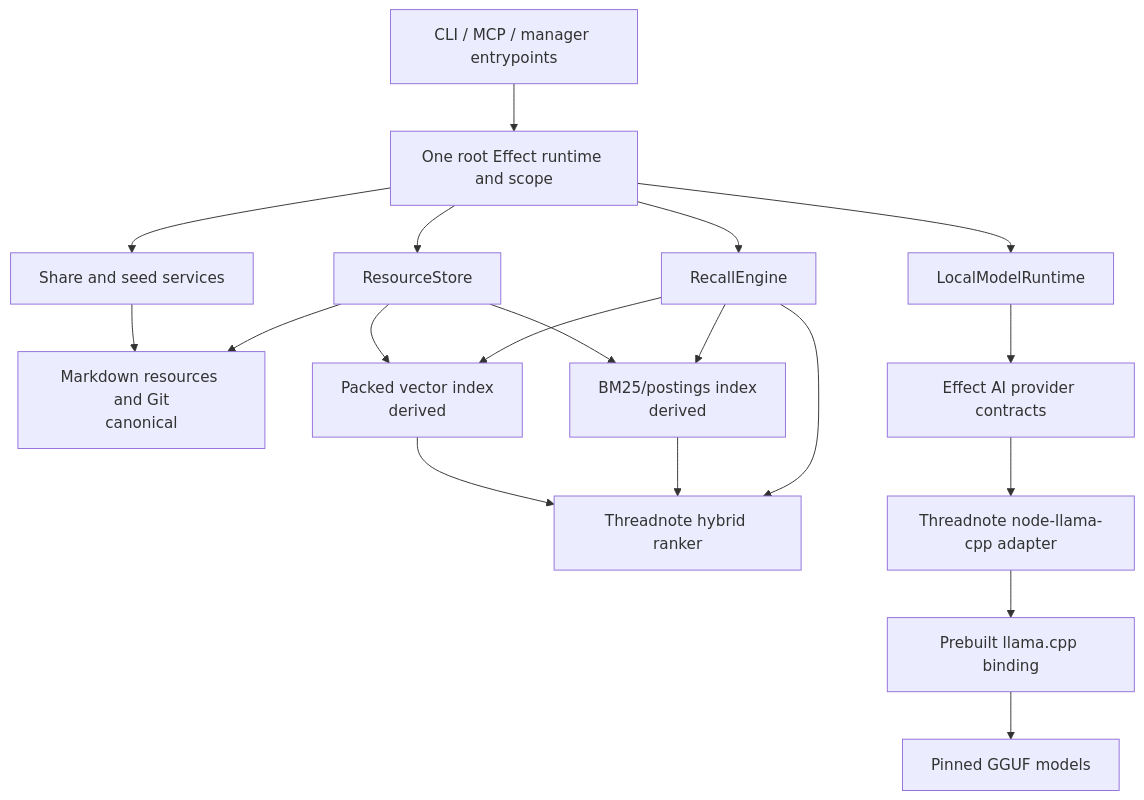
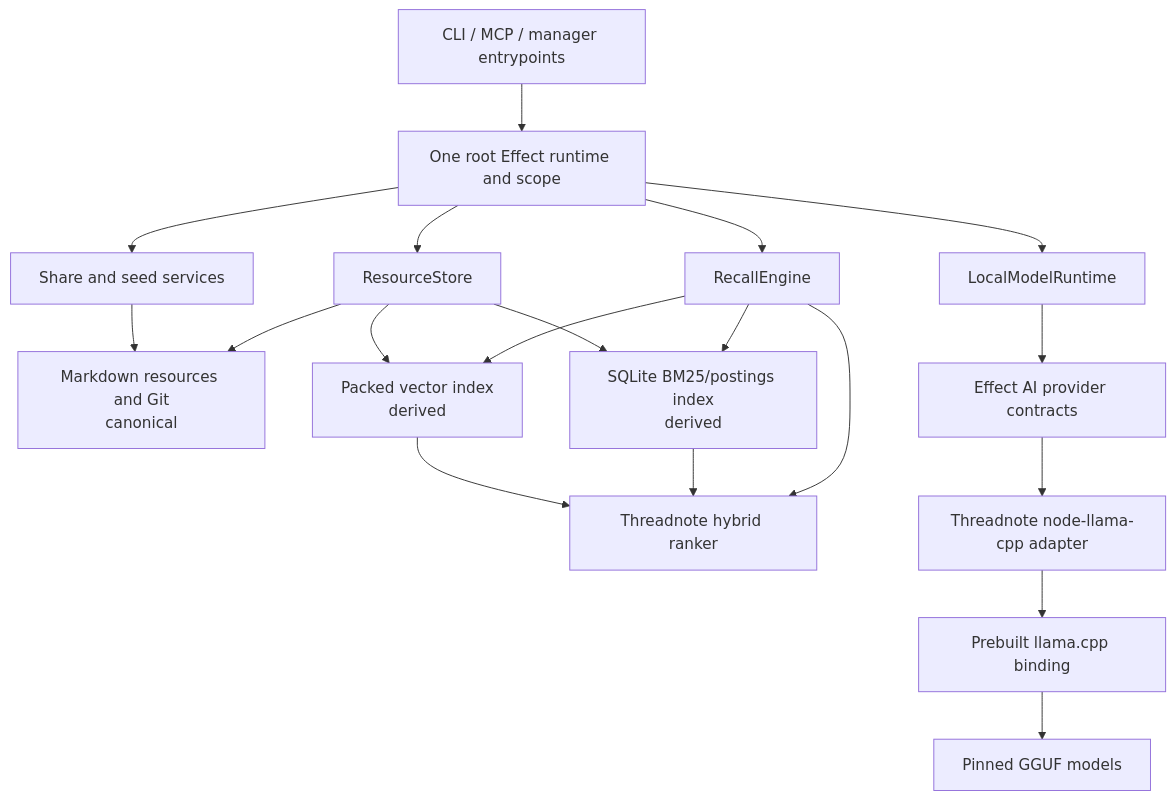
Before and after one commit to Kashkovsky/threadnote: the diagram in docs/4.0-plan.md, drawn with Mermaid. The commit also changed other lines of this file and 60 other files, not shown here.

````diff
--- a/docs/4.0-plan.md
+++ b/docs/4.0-plan.md
@@ -170,24 +173,24 @@
 ```mermaid
 flowchart TD
     Entry["CLI / MCP / manager entrypoints"] --> Runtime["One root Effect runtime and scope"]
     Runtime --> Store["ResourceStore"]
     Runtime --> Recall["RecallEngine"]
     Runtime --> Models["LocalModelRuntime"]
     Runtime --> Share["Share and seed services"]
 
     Store --> Canonical["Markdown resources and Git\ncanonical"]
-    Recall --> Lexical["BM25/postings index\nderived"]
+    Recall --> Lexical["SQLite BM25/postings index\nderived"]
     Recall --> Vectors["Packed vector index\nderived"]
     Recall --> Ranker["Threadnote hybrid ranker"]
 
     Models --> EffectAI["Effect AI provider contracts"]
     EffectAI --> Adapter["Threadnote node-llama-cpp adapter"]
     Adapter --> Native["Prebuilt llama.cpp binding"]
     Native --> GGUF["Pinned GGUF models"]
 
     Share --> Canonical
     Store --> Lexical
     Store --> Vectors
     Lexical --> Ranker
     Vectors --> Ranker
 ```
````
